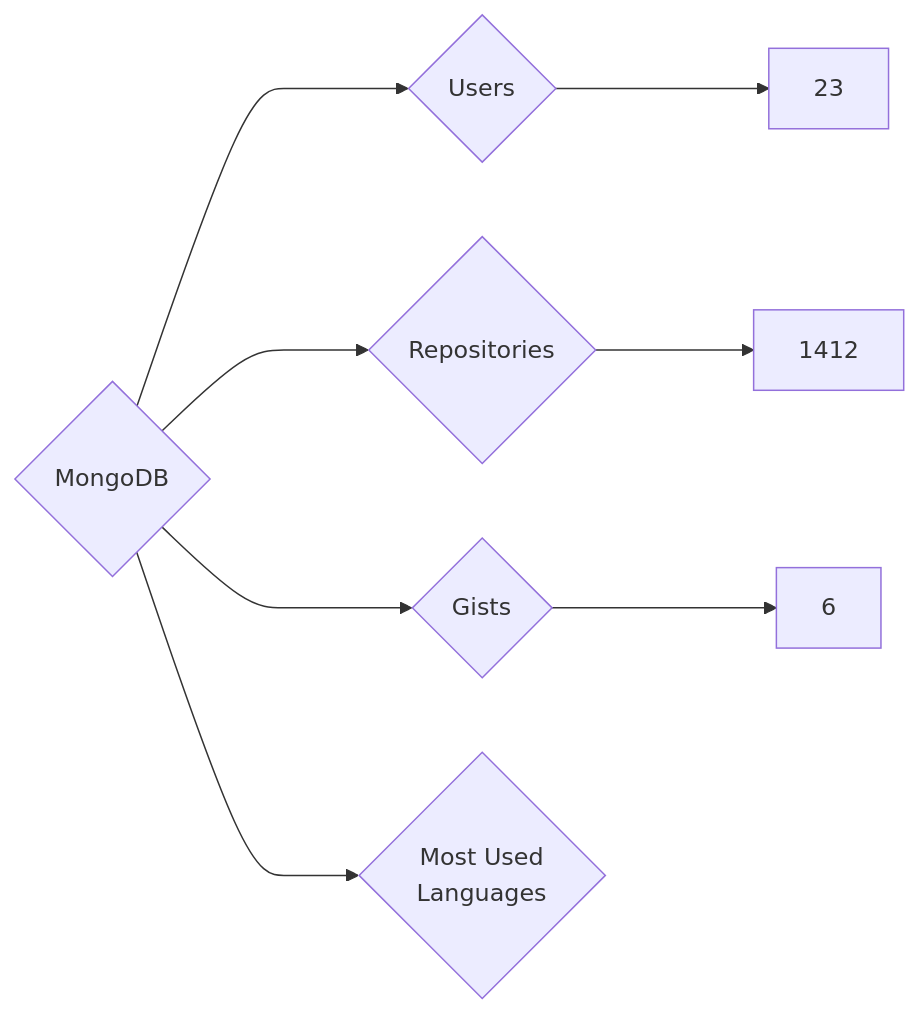
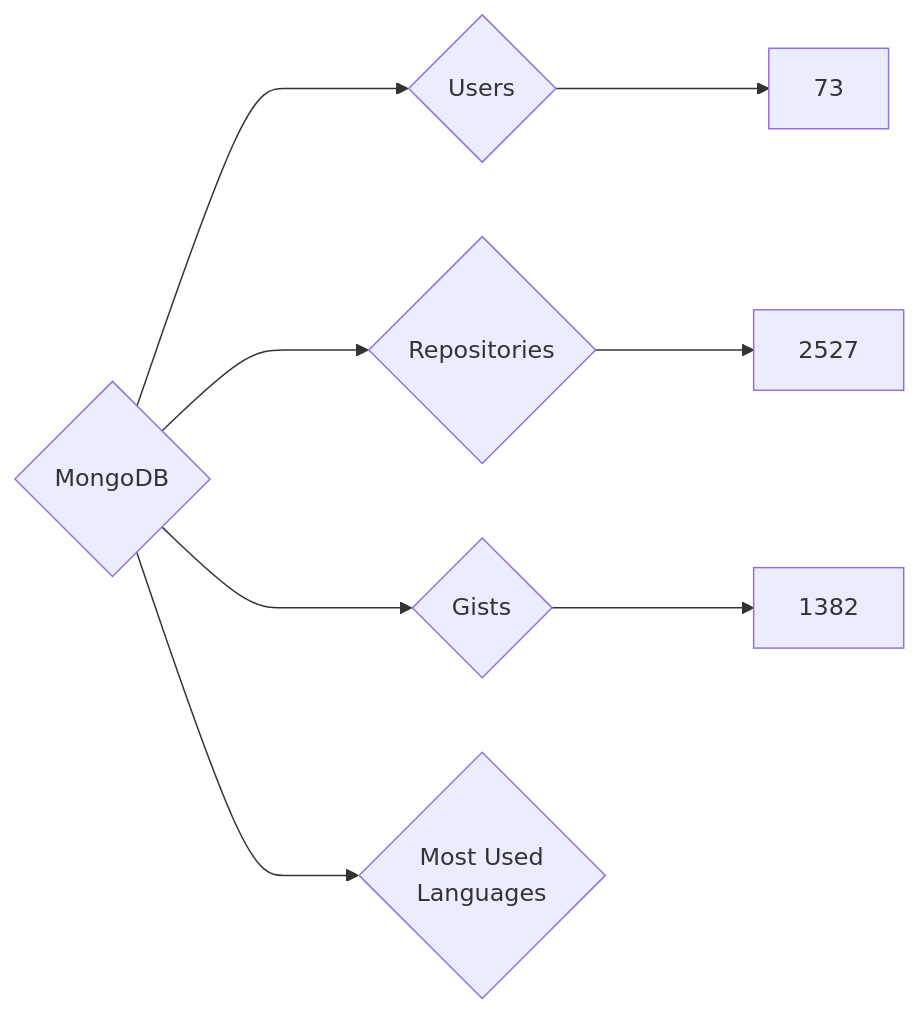
Before and after one commit to nenadzaric/insiders: the diagram in targets/MongoDB/README.md, drawn with Mermaid. The commit also changed 1342 other files, not shown here.

````diff
--- a/targets/MongoDB/README.md
+++ b/targets/MongoDB/README.md
@@ -3,8 +3,8 @@
 ```mermaid
 graph LR
 COMPANY_NAME{MongoDB}
-COMPANY_NAME ---> U{Users} ---> UN[23]
-COMPANY_NAME ---> R{Repositories} ---> RN[1412]
-COMPANY_NAME ---> G{Gists} ---> GN[6]
+COMPANY_NAME ---> U{Users} ---> UN[73]
+COMPANY_NAME ---> R{Repositories} ---> RN[2527]
+COMPANY_NAME ---> G{Gists} ---> GN[1382]
 COMPANY_NAME ---> ML{Most Used<br>Languages}
 ```
````
